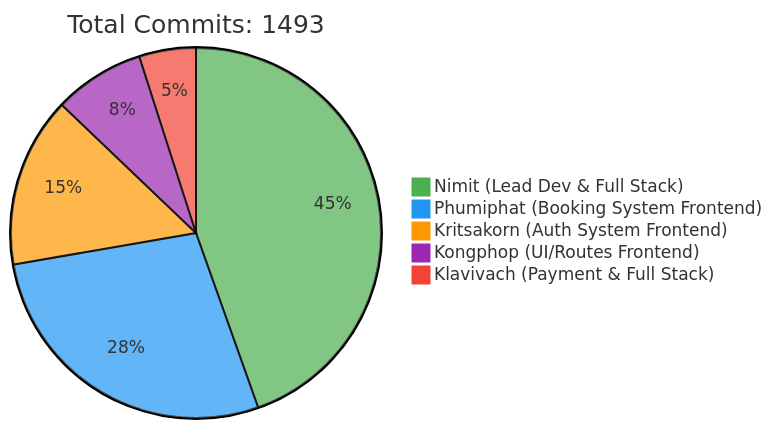
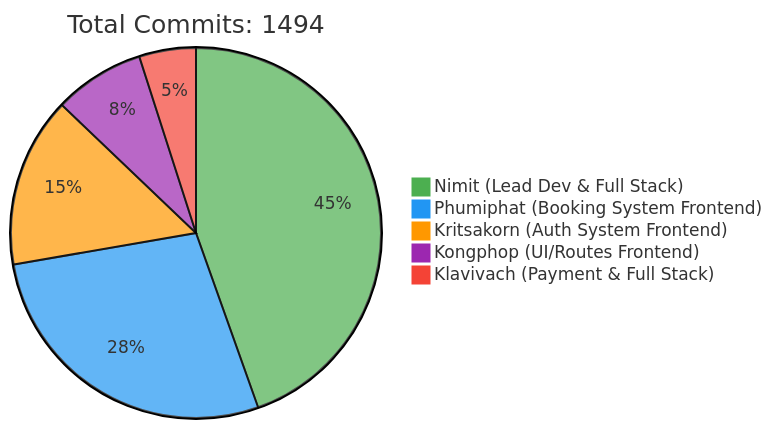
One commit to 6531503042/Sport-Complex changed the first of 2 diagrams in README.md. Above: the diagram before and after it, drawn with Mermaid. The commit also changed other lines of this file, not shown here.

Commit message:
docs: Update contributor statistics [skip ci]

````diff
--- a/README.md
+++ b/README.md
@@ -257,10 +257,10 @@
 ```mermaid
 %%{init: {'theme': 'base', 'themeVariables': { 'pie1': '#4CAF50', 'pie2': '#2196F3', 'pie3': '#FF9800', 'pie4': '#9C27B0', 'pie5': '#F44336'}}}%%
 pie
-    title Total Commits: 1493
+    title Total Commits: 1494
     "Nimit (Lead Dev & Full Stack)" : 450
     "Phumiphat (Booking System Frontend)" : 280
     "Kritsakorn (Auth System Frontend)" : 150
     "Kongphop (UI/Routes Frontend)" : 80
     "Klavivach (Payment & Full Stack)" : 50
 ```
````
